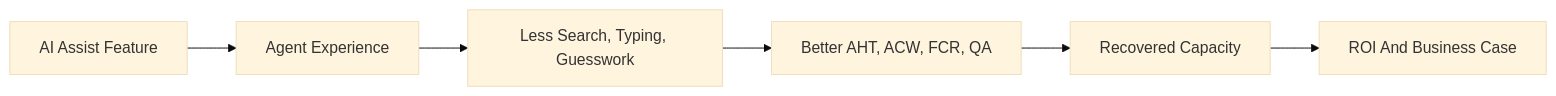
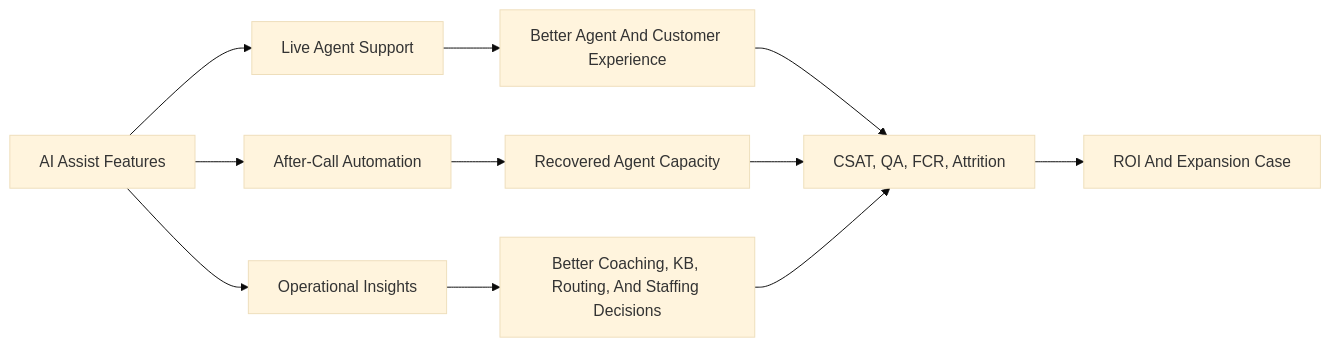
The first of 10 diagrams in AI_CookBook/ai-assist-benefits3.md (WebexSamples/webex-ai-agents), drawn with Mermaid (base theme) before and after one commit. The commit also changed other lines of this file, not shown here.

````diff
--- a/AI_CookBook/ai-assist-benefits3.md
+++ b/AI_CookBook/ai-assist-benefits3.md
@@ -35,8 +37,13 @@
 ```mermaid
 flowchart LR
-    Feature[AI Assist Feature] --> Agent[Agent Experience]
-    Agent --> Work[Less Search, Typing, Guesswork]
-    Work --> Metrics[Better AHT, ACW, FCR, QA]
-    Metrics --> Capacity[Recovered Capacity]
-    Capacity --> ROI[ROI And Business Case]
+    Features[AI Assist Features] --> LiveHelp[Live Agent Support]
+    Features --> AfterCall[After-Call Automation]
+    Features --> Insights[Operational Insights]
+    LiveHelp --> Experience[Better Agent And Customer Experience]
+    AfterCall --> Capacity[Recovered Agent Capacity]
+    Insights --> Decisions[Better Coaching, KB, Routing, And Staffing Decisions]
+    Experience --> Metrics[CSAT, QA, FCR, Attrition]
+    Capacity --> Metrics
+    Decisions --> Metrics
+    Metrics --> ROI[ROI And Expansion Case]
 ```
````
